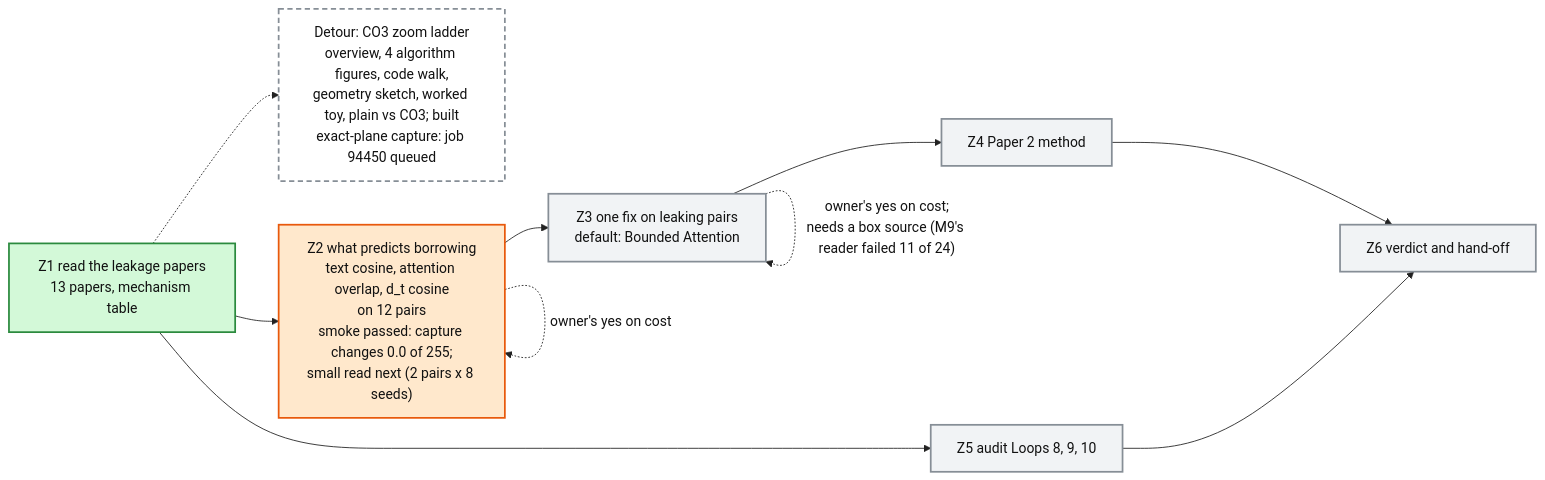
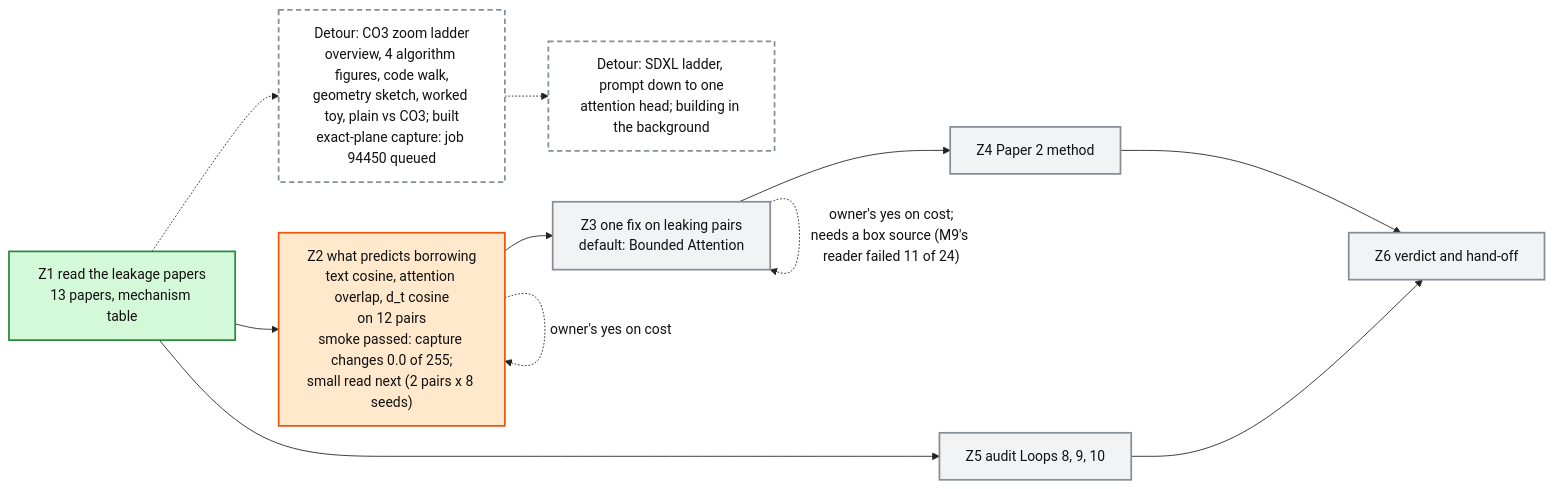
The diagram in artifacts/notes/progress/leakage/loop-12-progress.mmd (mo-rsa24/concept-composition), drawn with Mermaid before and after one commit. The commit also changed 1 other file, not shown here.

Commit message:
Loop 12 map: SDXL ladder detour

```diff
--- a/artifacts/notes/progress/leakage/loop-12-progress.mmd
+++ b/artifacts/notes/progress/leakage/loop-12-progress.mmd
@@ -1,18 +1,20 @@
 %%{init: {'theme': 'base', 'themeVariables': {'fontFamily': 'monospace', 'primaryColor': '#ffffff', 'primaryBorderColor': '#222222', 'primaryTextColor': '#111111', 'lineColor': '#222222'}}}%%
 flowchart LR
   Z1["Z1 read the leakage papers<br/>13 papers, mechanism table"]:::done
   Z2["Z2 what predicts borrowing<br/>text cosine, attention overlap, d_t cosine<br/>on 12 pairs<br/>smoke passed: capture changes 0.0 of 255;<br/>small read next (2 pairs x 8 seeds)"]:::doing
   Z3["Z3 one fix on leaking pairs<br/>default: Bounded Attention"]:::todo
   Z4["Z4 Paper 2 method"]:::todo
   Z5["Z5 audit Loops 8, 9, 10"]:::todo
   Z6["Z6 verdict and hand-off"]:::todo
   LAD["Detour: CO3 zoom ladder<br/>overview, 4 algorithm figures, code walk,<br/>geometry sketch, worked toy, plain vs CO3; built<br/>exact-plane capture: job 94450 queued"]:::detour
   Z1 -.-> LAD
+  SDX["Detour: SDXL ladder, prompt down to one<br/>attention head; building in the background"]:::detour
+  LAD -.-> SDX
   Z1 --> Z2 --> Z3 --> Z4 --> Z6
   Z1 --> Z5 --> Z6
   Z2 -. "owner's yes on cost" .-> Z2
   Z3 -. "owner's yes on cost;<br/>needs a box source (M9's reader failed 11 of 24)" .-> Z3
   classDef done fill:#d3f9d8,stroke:#2b8a3e,stroke-width:2px
   classDef doing fill:#ffe8cc,stroke:#e8590c,stroke-width:2px
   classDef detour fill:#ffffff,stroke:#868e96,stroke-width:2px,stroke-dasharray: 6 4
   classDef todo fill:#f1f3f5,stroke:#868e96,stroke-width:2px
```
